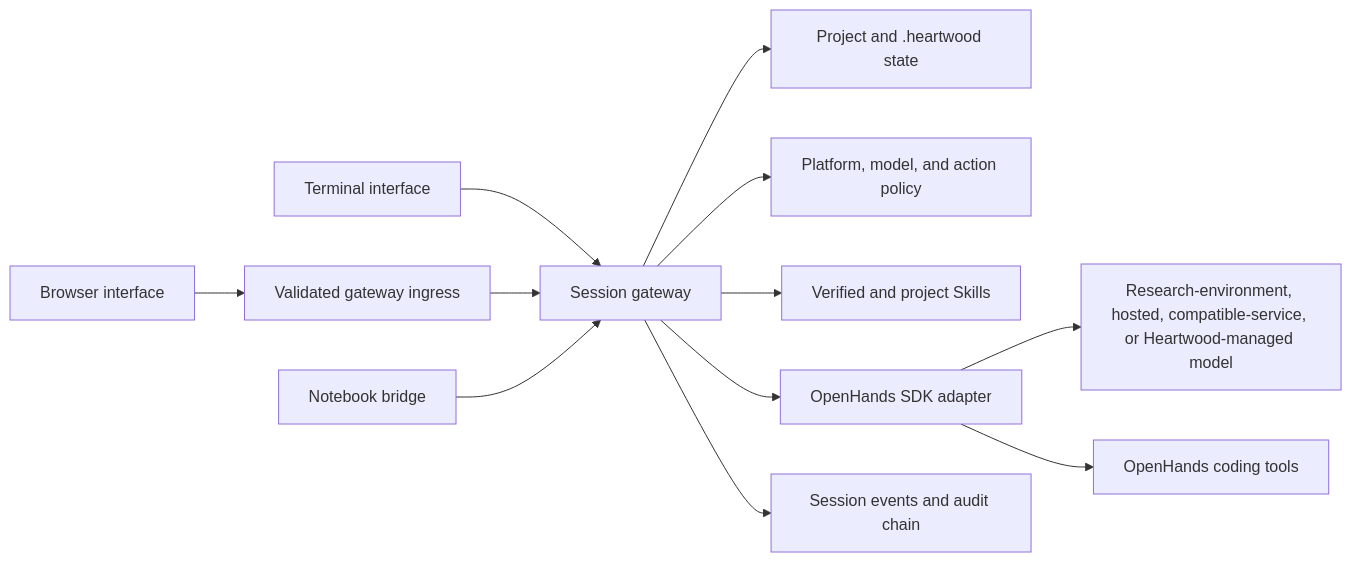
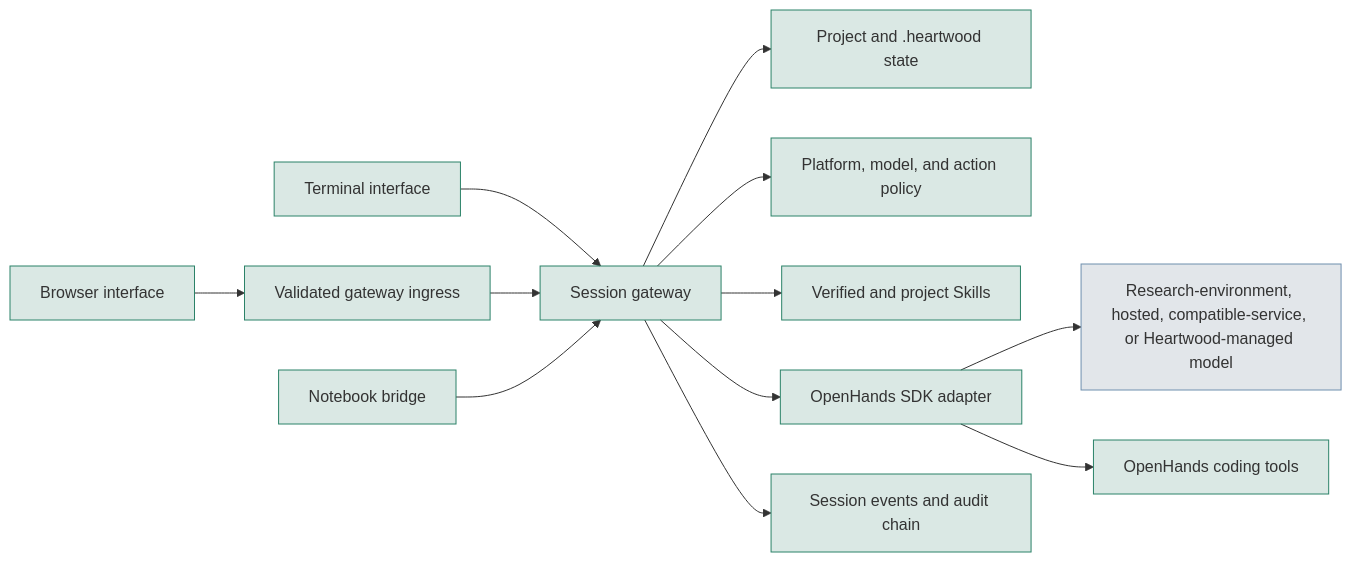
Before and after one commit to SchmiedmayerLab/heartwood: the diagram in documentation/architecture/system.md, drawn with Mermaid. The commit also changed other lines of this file and 52 other files, not shown here.

Commit message:
Define the Platform Contract and Establish the Heartwood Identity (#176)

````diff
--- a/documentation/architecture/system.md
+++ b/documentation/architecture/system.md
@@ -12,14 +12,18 @@
 ```mermaid
 flowchart LR
     CLI["Terminal interface"] --> Gateway["Session gateway"]
     Web["Browser interface"] --> Ingress["Validated gateway ingress"]
     Ingress --> Gateway
     Notebook["Notebook bridge"] --> Gateway
     Gateway --> Project["Project and .heartwood state"]
     Gateway --> Policy["Platform, model, and action policy"]
     Gateway --> Skills["Verified and project Skills"]
     Gateway --> Adapter["OpenHands SDK adapter"]
     Adapter --> Model["Research-environment, hosted, compatible-service, or Heartwood-managed model"]
     Adapter --> Tools["OpenHands coding tools"]
     Gateway --> Audit["Session events and audit chain"]
+    classDef heartwood fill:#0b694d26,stroke:#2b8268
+    classDef platform fill:#3f5b7426,stroke:#6f8fae
+    class CLI,Web,Ingress,Notebook,Gateway,Project,Policy,Skills,Adapter,Tools,Audit heartwood
+    class Model platform
 ```
````
